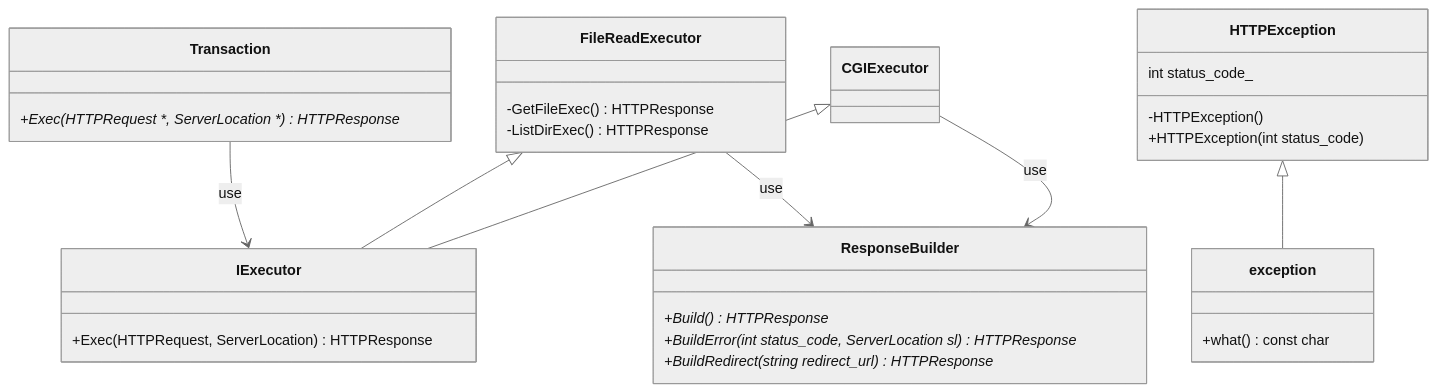
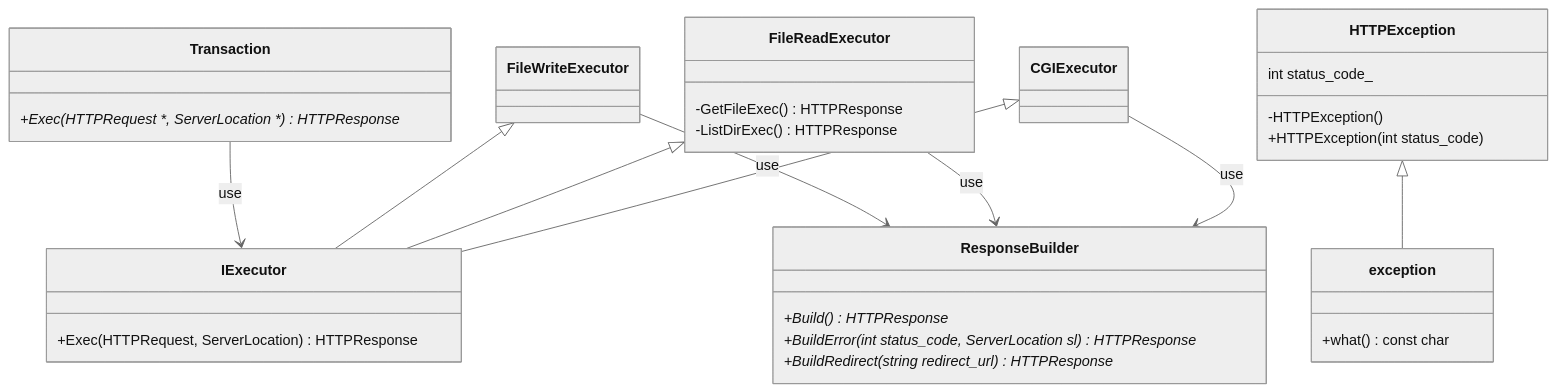
One commit to katataku/webserv changed the diagram in docs/class/transaction_class.md. Above: the diagram before and after it, drawn with Mermaid (neutral theme). The commit also changed 15 other files, not shown here.

````diff
--- a/docs/class/transaction_class.md
+++ b/docs/class/transaction_class.md
@@ -3,46 +3,51 @@
 ```mermaid
 classDiagram
     CGIExecutor <|-- IExecutor
     FileReadExecutor <|-- IExecutor
+    FileWriteExecutor <|-- IExecutor
 
     Transaction --> IExecutor : use
     CGIExecutor --> ResponseBuilder : use
     FileReadExecutor --> ResponseBuilder : use
+    FileWriteExecutor --> ResponseBuilder : use
 
     HTTPException <|-- exception
 
     class FileReadExecutor {
         -GetFileExec() HTTPResponse
         -ListDirExec() HTTPResponse
+    }
+
+    class FileWriteExecutor {
     }
 
     class CGIExecutor {
     }
 
     class IExecutor {
         +Exec(HTTPRequest, ServerLocation) HTTPResponse
     }
 
 
     class Transaction {
         +Exec(HTTPRequest *, ServerLocation *) HTTPResponse*
     }
 
     %% status_code, server_location &&
     class ResponseBuilder {
         +Build() HTTPResponse*
         +BuildError(int status_code, ServerLocation sl) HTTPResponse*
         +BuildRedirect(string redirect_url) HTTPResponse*
     }
 
     class exception{
         +what() const char
     }
 
     class HTTPException{
         int status_code_
         -HTTPException()
         +HTTPException(int status_code)
     }
 
 ```
````
